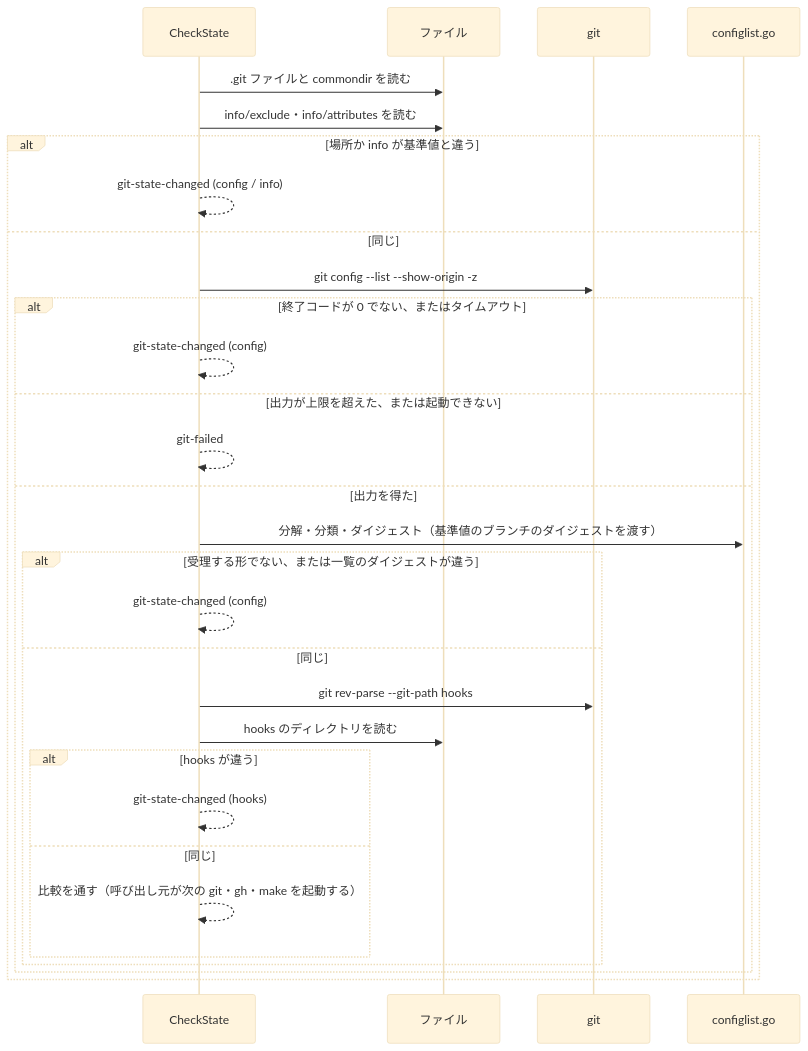
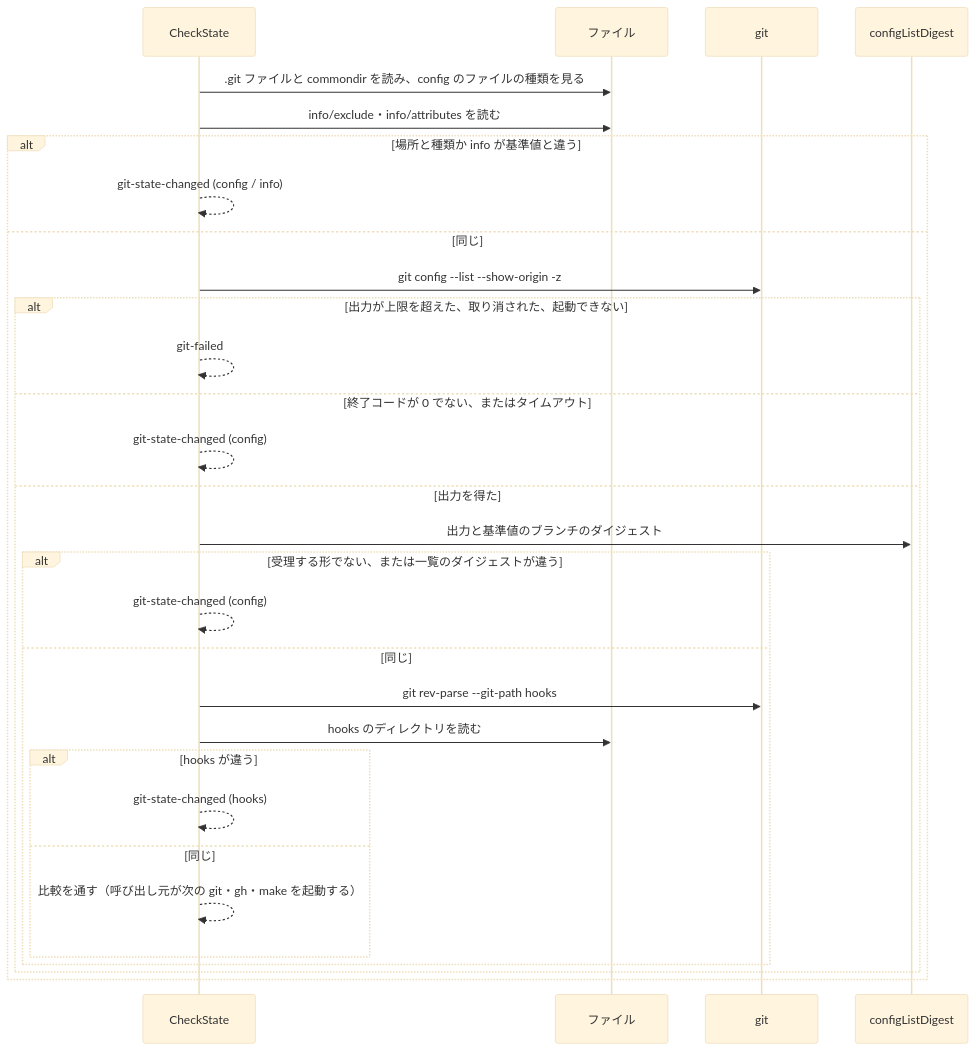
One commit to isseis/yt2column changed the fifth of 9 diagrams in docs/tasks/0035_fixprguard_branch_config/02_architecture.md. Above: the diagram before and after it, drawn with Mermaid (base theme). The commit also changed other lines of this file, not shown here.

First line of the commit message:
docs(0035): address the architecture review findings

````diff
--- a/docs/tasks/0035_fixprguard_branch_config/02_architecture.md
+++ b/docs/tasks/0035_fixprguard_branch_config/02_architecture.md
@@ -205,33 +212,33 @@
 ```mermaid
 sequenceDiagram
     participant C as CheckState
     participant F as ファイル
     participant G as git
-    participant L as configlist.go
+    participant L as configListDigest
 
-    C->>F: .git ファイルと commondir を読む
+    C->>F: .git ファイルと commondir を読み、config のファイルの種類を見る
     C->>F: info/exclude・info/attributes を読む
-    alt 場所か info が基準値と違う
+    alt 場所と種類か info が基準値と違う
         C-->>C: git-state-changed (config / info)
     else 同じ
         C->>G: git config --list --show-origin -z
-        alt 終了コードが 0 でない、またはタイムアウト
+        alt 出力が上限を超えた、取り消された、起動できない
+            C-->>C: git-failed
+        else 終了コードが 0 でない、またはタイムアウト
             C-->>C: git-state-changed (config)
-        else 出力が上限を超えた、または起動できない
-            C-->>C: git-failed
         else 出力を得た
-            C->>L: 分解・分類・ダイジェスト（基準値のブランチのダイジェストを渡す）
+            C->>L: 出力と基準値のブランチのダイジェスト
             alt 受理する形でない、または一覧のダイジェストが違う
                 C-->>C: git-state-changed (config)
             else 同じ
                 C->>G: git rev-parse --git-path hooks
                 C->>F: hooks のディレクトリを読む
                 alt hooks が違う
                     C-->>C: git-state-changed (hooks)
                 else 同じ
                     C-->>C: 比較を通す（呼び出し元が次の git・gh・make を起動する）
                 end
             end
         end
     end
 ```
````
